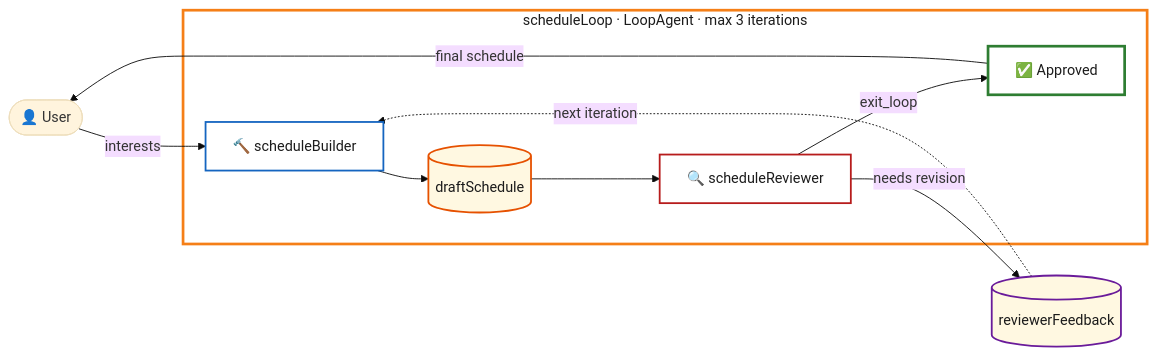
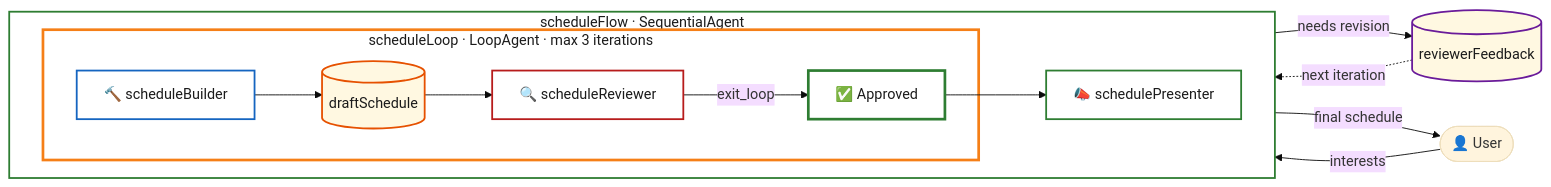
Before and after one commit to Puppo/adk-js-codelabs: the fourth of 5 diagrams in WORKSHOP.md, drawn with Mermaid (base theme). The commit also changed other lines of this file and 29 other files, not shown here.

````diff
--- a/WORKSHOP.md
+++ b/WORKSHOP.md
@@ -541,28 +656,36 @@
 ```mermaid
 graph LR
     User(["👤 User"])
 
-    subgraph Loop["scheduleLoop · LoopAgent · max 3 iterations"]
-        Builder["🔨 scheduleBuilder"]
-        DraftState[("draftSchedule")]
-        Reviewer["🔍 scheduleReviewer"]
-        Approved["✅ Approved"]
+    subgraph Flow["scheduleFlow · SequentialAgent"]
+        direction LR
+        subgraph Loop["scheduleLoop · LoopAgent · max 3 iterations"]
+            Builder["🔨 scheduleBuilder"]
+            DraftState[("draftSchedule")]
+            Reviewer["🔍 scheduleReviewer"]
+            Approved["✅ Approved"]
 
-        Builder --> DraftState --> Reviewer
-        Reviewer -- "exit_loop" --> Approved
+            Builder --> DraftState --> Reviewer
+            Reviewer -- "exit_loop" --> Approved
+        end
+
+        Presenter["📣 schedulePresenter"]
+        Approved --> Presenter
     end
 
     FeedbackState[("reviewerFeedback")]
     Reviewer -- "needs revision" --> FeedbackState
     FeedbackState -. "next iteration" .-> Builder
 
     User -- "interests" --> Builder
-    Approved -- "final schedule" --> User
+    Presenter -- "final schedule" --> User
 
+    style Flow fill:#ffffff,stroke:#2e7d32,stroke-width:2px,color:#1b1b1b
     style Loop fill:#ffffff,stroke:#f57f17,stroke-width:3px,color:#1b1b1b
     style Builder fill:#ffffff,stroke:#1565c0,stroke-width:2px,color:#1b1b1b
     style Reviewer fill:#ffffff,stroke:#b71c1c,stroke-width:2px,color:#1b1b1b
+    style Presenter fill:#ffffff,stroke:#2e7d32,stroke-width:2px,color:#1b1b1b
     style DraftState fill:#fff8e1,stroke:#e65100,stroke-width:2px,color:#1b1b1b
     style FeedbackState fill:#fff8e1,stroke:#6a1b9a,stroke-width:2px,color:#1b1b1b
     style Approved fill:#ffffff,stroke:#2e7d32,stroke-width:3px,color:#1b1b1b
 ```
````
